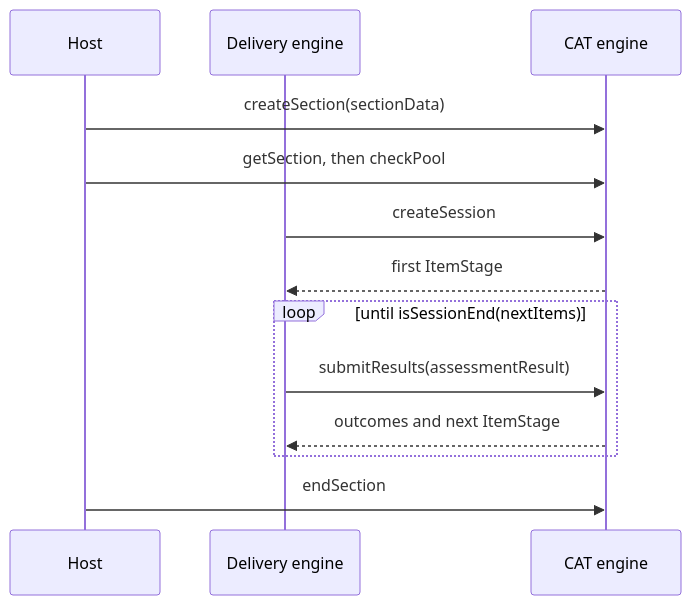
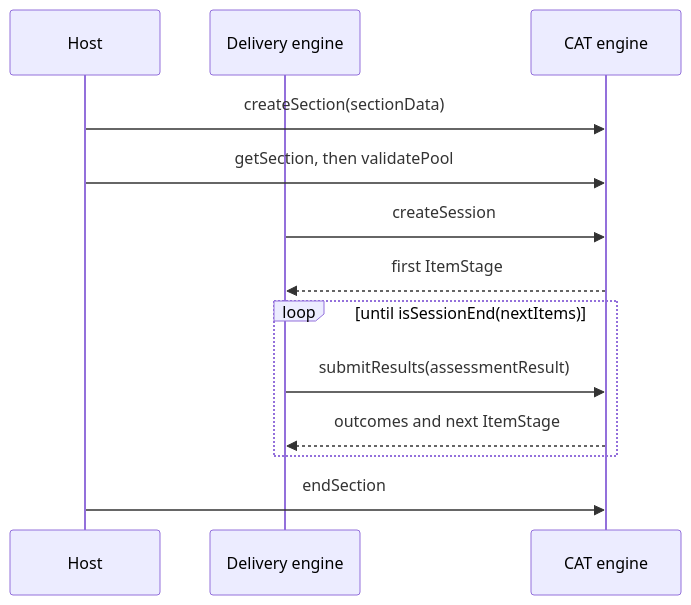
The diagram in docs/runtime/cat.md (assesskit/assesskit), drawn with Mermaid before and after one commit. The commit also changed other lines of this file and 285 other files, not shown here.

````diff
--- a/docs/runtime/cat.md
+++ b/docs/runtime/cat.md
@@ -9,15 +9,15 @@
 ```mermaid
 sequenceDiagram
   participant Host
   participant Engine as Delivery engine
   participant CAT as CAT engine
   Host->>CAT: createSection(sectionData)
-  Host->>CAT: getSection, then checkPool
+  Host->>CAT: getSection, then validatePool
   Engine->>CAT: createSession
   CAT-->>Engine: first ItemStage
   loop until isSessionEnd(nextItems)
     Engine->>CAT: submitResults(assessmentResult)
     CAT-->>Engine: outcomes and next ItemStage
   end
   Host->>CAT: endSection
 ```
````
